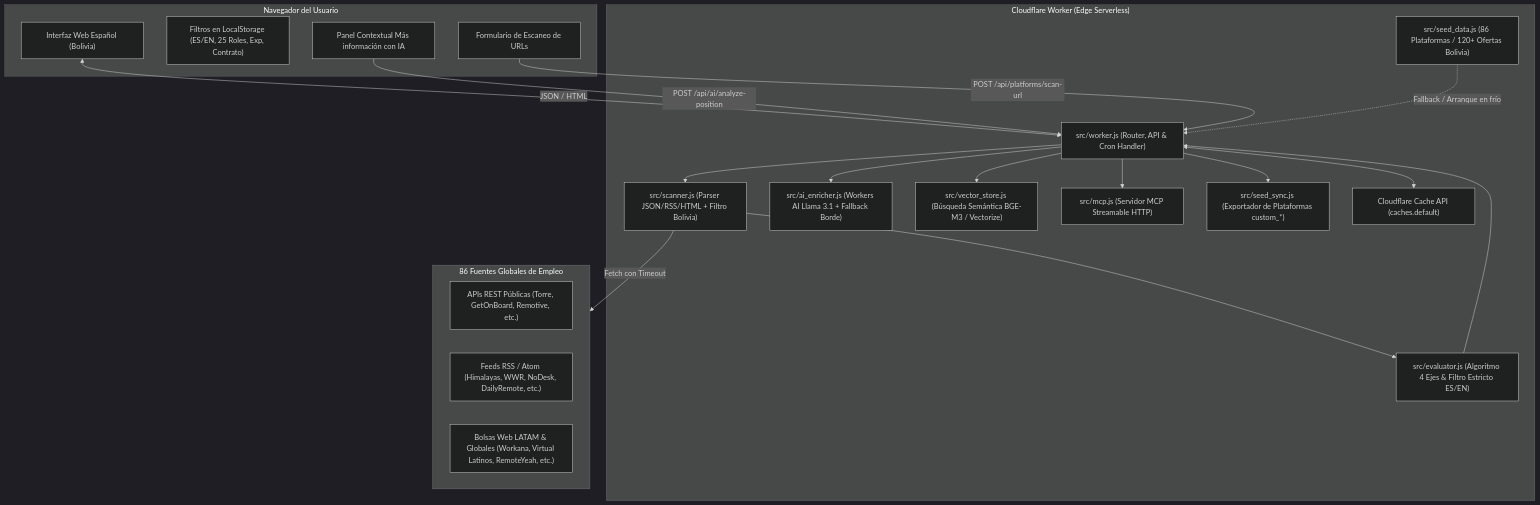
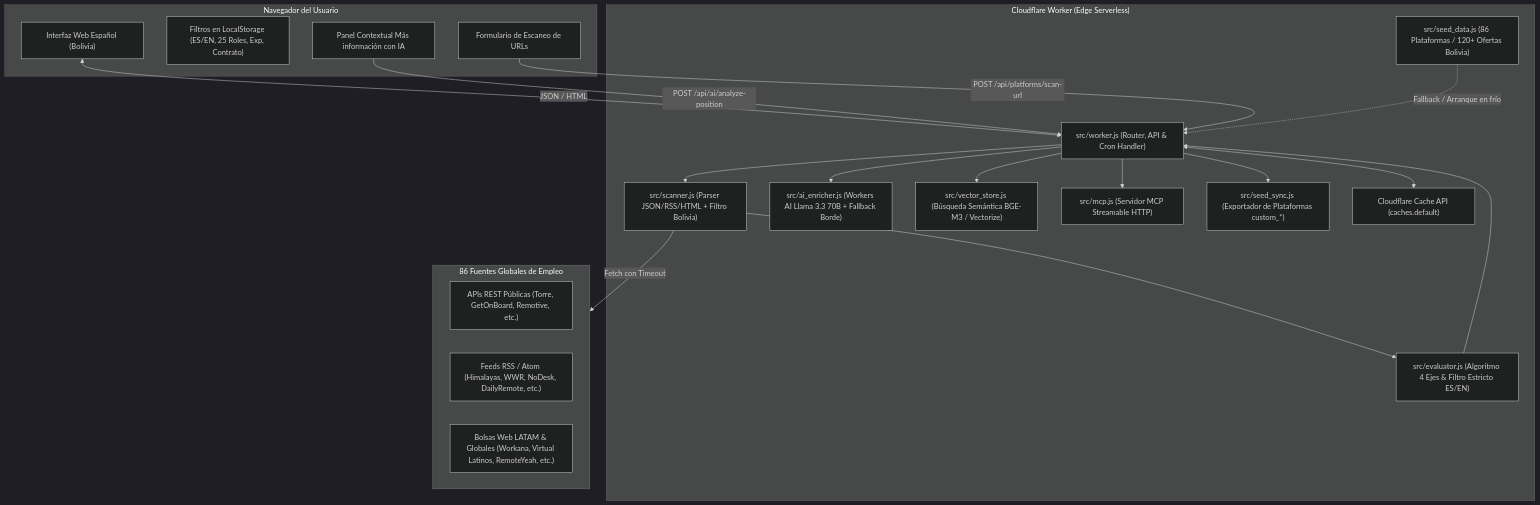
Before and after one commit to t0m-a/boliviaremote-work-website: the second of 2 diagrams in README.md, drawn with Mermaid (dark theme). The commit also changed other lines of this file and 2 other files, not shown here.

Commit message:
feat(ai): replace deprecated llama-3.1-8b-instruct with @cf/meta/llama-3.3-70b-instruct-fp8-fast

````diff
--- a/README.md
+++ b/README.md
@@ -193,41 +193,41 @@
 ```mermaid
 flowchart TD
     subgraph Cliente ["Navegador del Usuario"]
         UI["Interfaz Web Español (Bolivia)"]
         Filters["Filtros en LocalStorage (ES/EN, 25 Roles, Exp, Contrato)"]
         AiPanel["Panel Contextual Más información con IA"]
         URLScan["Formulario de Escaneo de URLs"]
     end
 
     subgraph CFWorker ["Cloudflare Worker (Edge Serverless)"]
         WorkerEntry["src/worker.js (Router, API & Cron Handler)"]
         ScannerEng["src/scanner.js (Parser JSON/RSS/HTML + Filtro Bolivia)"]
         EvaluatorEng["src/evaluator.js (Algoritmo 4 Ejes & Filtro Estricto ES/EN)"]
-        AiEnricher["src/ai_enricher.js (Workers AI Llama 3.1 + Fallback Borde)"]
+        AiEnricher["src/ai_enricher.js (Workers AI Llama 3.3 70B + Fallback Borde)"]
         VectorStore["src/vector_store.js (Búsqueda Semántica BGE-M3 / Vectorize)"]
         McpServer["src/mcp.js (Servidor MCP Streamable HTTP)"]
         SeedData["src/seed_data.js (86 Plataformas / 120+ Ofertas Bolivia)"]
         SeedSync["src/seed_sync.js (Exportador de Plataformas custom_*)"]
         EdgeCache["Cloudflare Cache API (caches.default)"]
     end
 
     subgraph Fuentes ["86 Fuentes Globales de Empleo"]
         APIs["APIs REST Públicas (Torre, GetOnBoard, Remotive, etc.)"]
         RSS["Feeds RSS / Atom (Himalayas, WWR, NoDesk, DailyRemote, etc.)"]
         HTMLPages["Bolsas Web LATAM & Globales (Workana, Virtual Latinos, RemoteYeah, etc.)"]
     end
 
     UI <-->|JSON / HTML| WorkerEntry
     AiPanel -->|POST /api/ai/analyze-position| WorkerEntry
     URLScan -->|POST /api/platforms/scan-url| WorkerEntry
     WorkerEntry --> ScannerEng
     ScannerEng -->|Fetch con Timeout| Fuentes
     ScannerEng --> EvaluatorEng
     WorkerEntry --> AiEnricher
     WorkerEntry --> VectorStore
     WorkerEntry --> McpServer
     EvaluatorEng --> WorkerEntry
     WorkerEntry <--> EdgeCache
     WorkerEntry --> SeedSync
     SeedData -.->|Fallback / Arranque en frío| WorkerEntry
 ```
````
